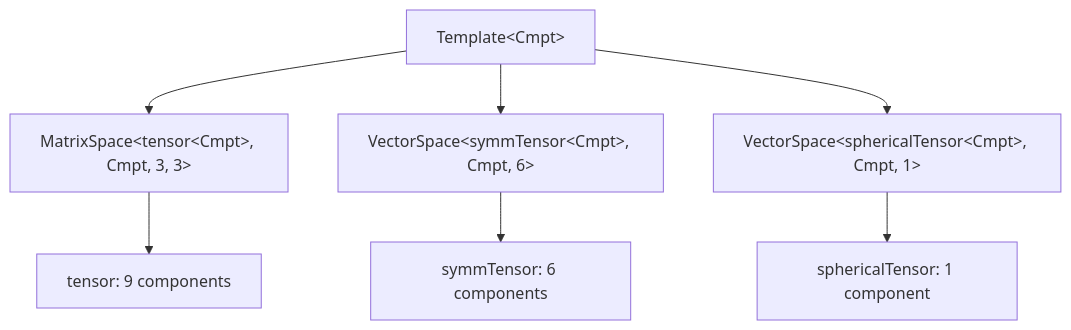
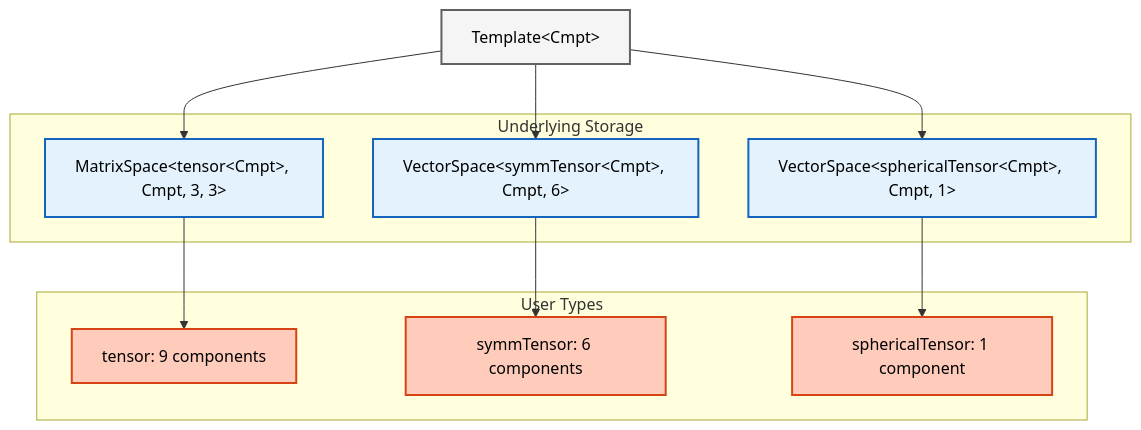
Before and after one commit to wramet/build-my-cfd: the diagram in MODULE_05_OPENFOAM_PROGRAMMING/CONTENT/11_TENSOR_ALGEBRA/00_Overview.md, drawn with Mermaid. The commit also changed 313 other files, not shown here.

Commit message:
Revise all diagram

````diff
--- a/MODULE_05_OPENFOAM_PROGRAMMING/CONTENT/11_TENSOR_ALGEBRA/00_Overview.md
+++ b/MODULE_05_OPENFOAM_PROGRAMMING/CONTENT/11_TENSOR_ALGEBRA/00_Overview.md
@@ -510,10 +510,27 @@
 ```mermaid
 graph TD
-    A[Template&lt;Cmpt&gt;] --> B[MatrixSpace&lt;tensor&lt;Cmpt&gt;, Cmpt, 3, 3&gt;]
-    A --> C[VectorSpace&lt;symmTensor&lt;Cmpt&gt;, Cmpt, 6&gt;]
-    A --> D[VectorSpace&lt;sphericalTensor&lt;Cmpt&gt;, Cmpt, 1&gt;]
+%% Classes
+classDef explicit fill:#ffccbc,stroke:#d84315,stroke-width:2px,color:#000
+classDef implicit fill:#e3f2fd,stroke:#1565c0,stroke-width:2px,color:#000
+classDef context fill:#f5f5f5,stroke:#616161,stroke-width:2px,color:#000
+A["Template&lt;Cmpt&gt;"]:::context
 
-    B --> E[tensor: 9 components]
-    C --> F[symmTensor: 6 components]
-    D --> G[sphericalTensor: 1 component]
+subgraph Storage[" Underlying Storage "]
+    B["MatrixSpace&lt;tensor&lt;Cmpt&gt;, Cmpt, 3, 3&gt;"]:::implicit
+    C["VectorSpace&lt;symmTensor&lt;Cmpt&gt;, Cmpt, 6&gt;"]:::implicit
+    D["VectorSpace&lt;sphericalTensor&lt;Cmpt&gt;, Cmpt, 1&gt;"]:::implicit
+end
+
+subgraph Types[" User Types "]
+    E["tensor: 9 components"]:::explicit
+    F["symmTensor: 6 components"]:::explicit
+    G["sphericalTensor: 1 component"]:::explicit
+end
+
+A --> B
+A --> C
+A --> D
+B --> E
+C --> F
+D --> G
 ```
````
